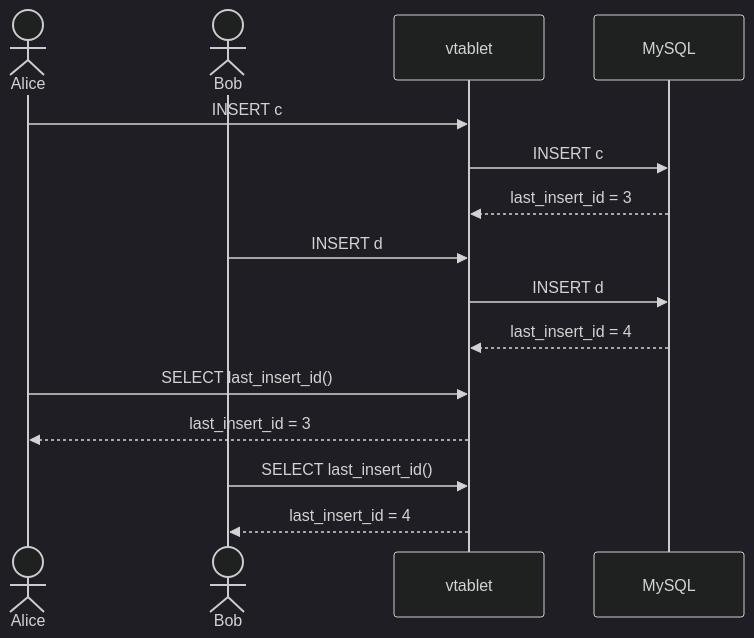
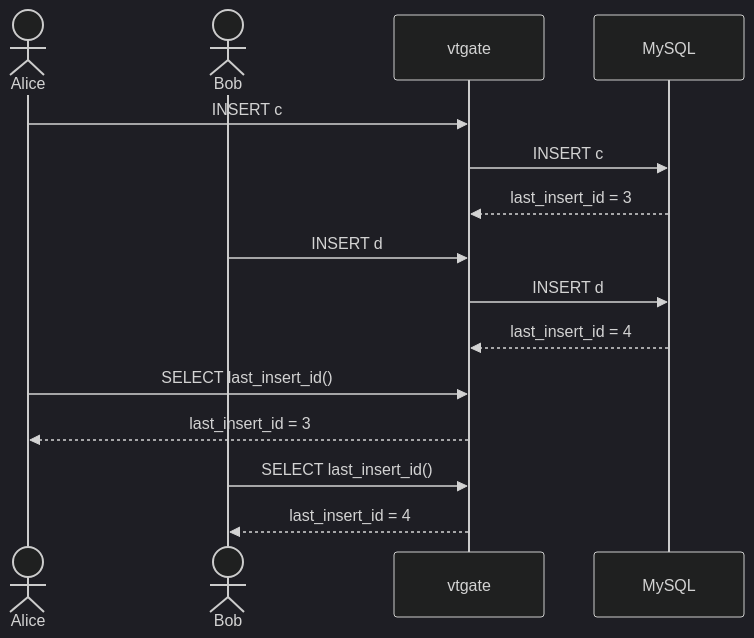
One commit to juxtin/juxtin.github.io changed the second of 2 diagrams in posts/2022-01-17-last_insert_id.markdown. Above: the diagram before and after it, drawn with Mermaid (dark theme).

Commit message:
Fix typo in last_insert_id post

````diff
--- a/posts/2022-01-17-last_insert_id.markdown
+++ b/posts/2022-01-17-last_insert_id.markdown
@@ -71,17 +71,17 @@
 ```mermaid
 sequenceDiagram
     actor Alice
     actor Bob
-    participant vt as vtablet
+    participant vt as vtgate
     participant DB as MySQL
     Alice->>vt: INSERT c
     vt->>DB: INSERT c
     DB-->>vt: last_insert_id = 3
     Bob->>vt: INSERT d
     vt->>DB: INSERT d
     DB-->>vt: last_insert_id = 4
     Alice->>vt: SELECT last_insert_id()
     vt-->>Alice: last_insert_id = 3
     Bob->>vt: SELECT last_insert_id()
     vt-->>Bob: last_insert_id = 4
 ```
````
